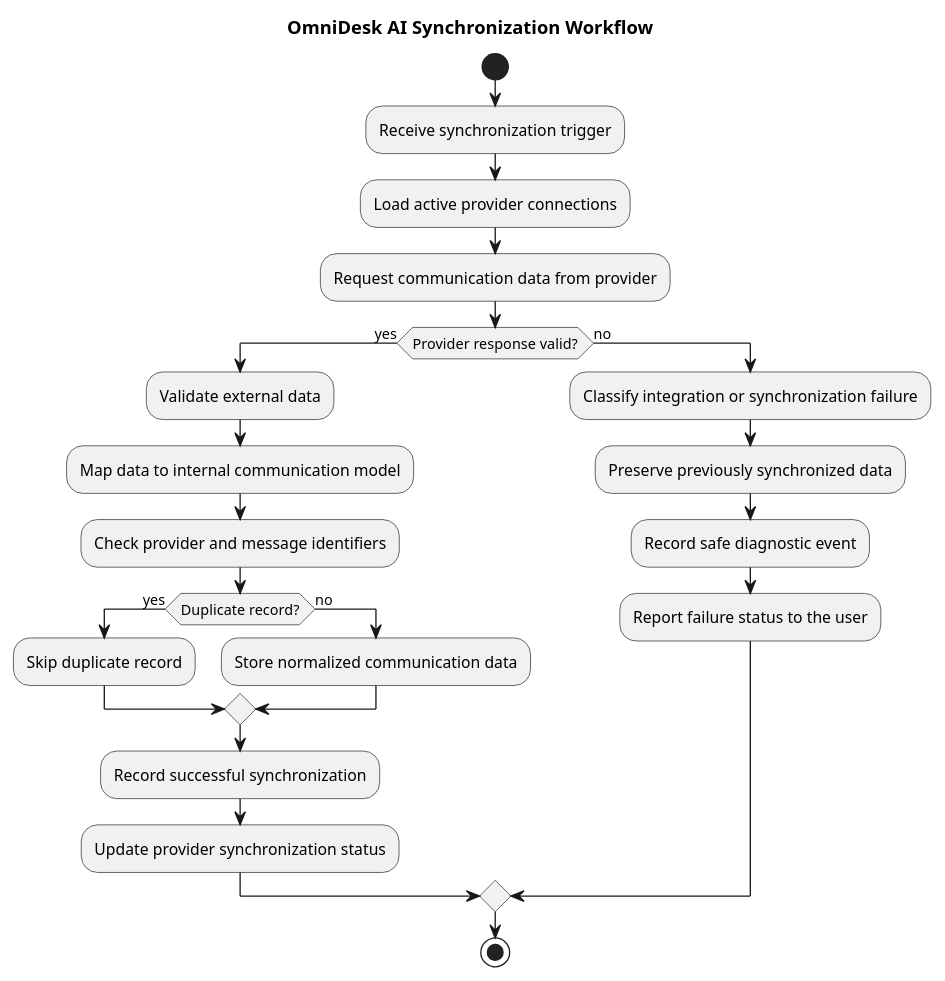
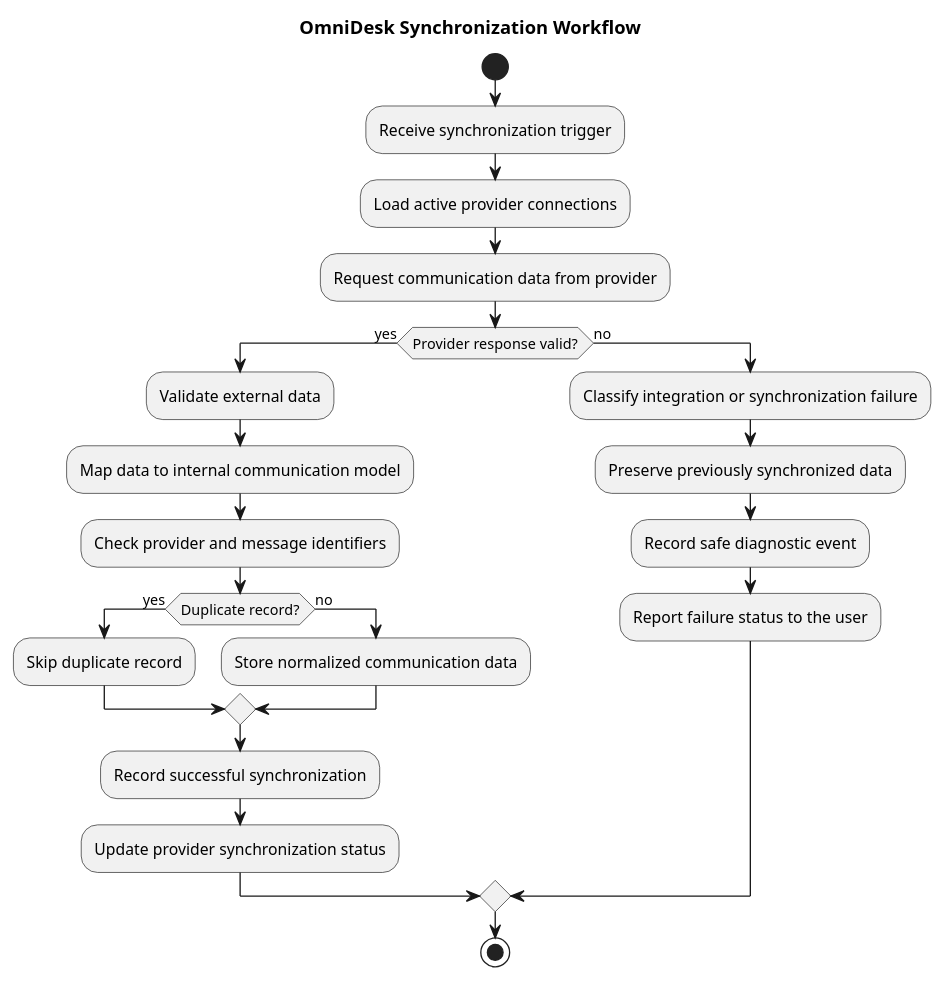
Before and after one commit to Farhad-Valizadegan/Web-OmniDesk: the diagram in docs/SDLC/03-system-analysis/diagrams/synchronization-workflow.puml, drawn with PlantUML. The commit also changed 177 other files, not shown here.

Commit message:
Prepare OmniDesk MVP and secure per-user integrations

```diff
--- a/docs/SDLC/03-system-analysis/diagrams/synchronization-workflow.puml
+++ b/docs/SDLC/03-system-analysis/diagrams/synchronization-workflow.puml
@@ -1,31 +1,31 @@
 @startuml
-title OmniDesk AI Synchronization Workflow
+title OmniDesk Synchronization Workflow
 
 start
 
 :Receive synchronization trigger;
 :Load active provider connections;
 :Request communication data from provider;
 
 if (Provider response valid?) then (yes)
   :Validate external data;
   :Map data to internal communication model;
   :Check provider and message identifiers;
 
   if (Duplicate record?) then (yes)
     :Skip duplicate record;
   else (no)
     :Store normalized communication data;
   endif
 
   :Record successful synchronization;
   :Update provider synchronization status;
 else (no)
   :Classify integration or synchronization failure;
   :Preserve previously synchronized data;
   :Record safe diagnostic event;
   :Report failure status to the user;
 endif
 
 stop
 @enduml
```
